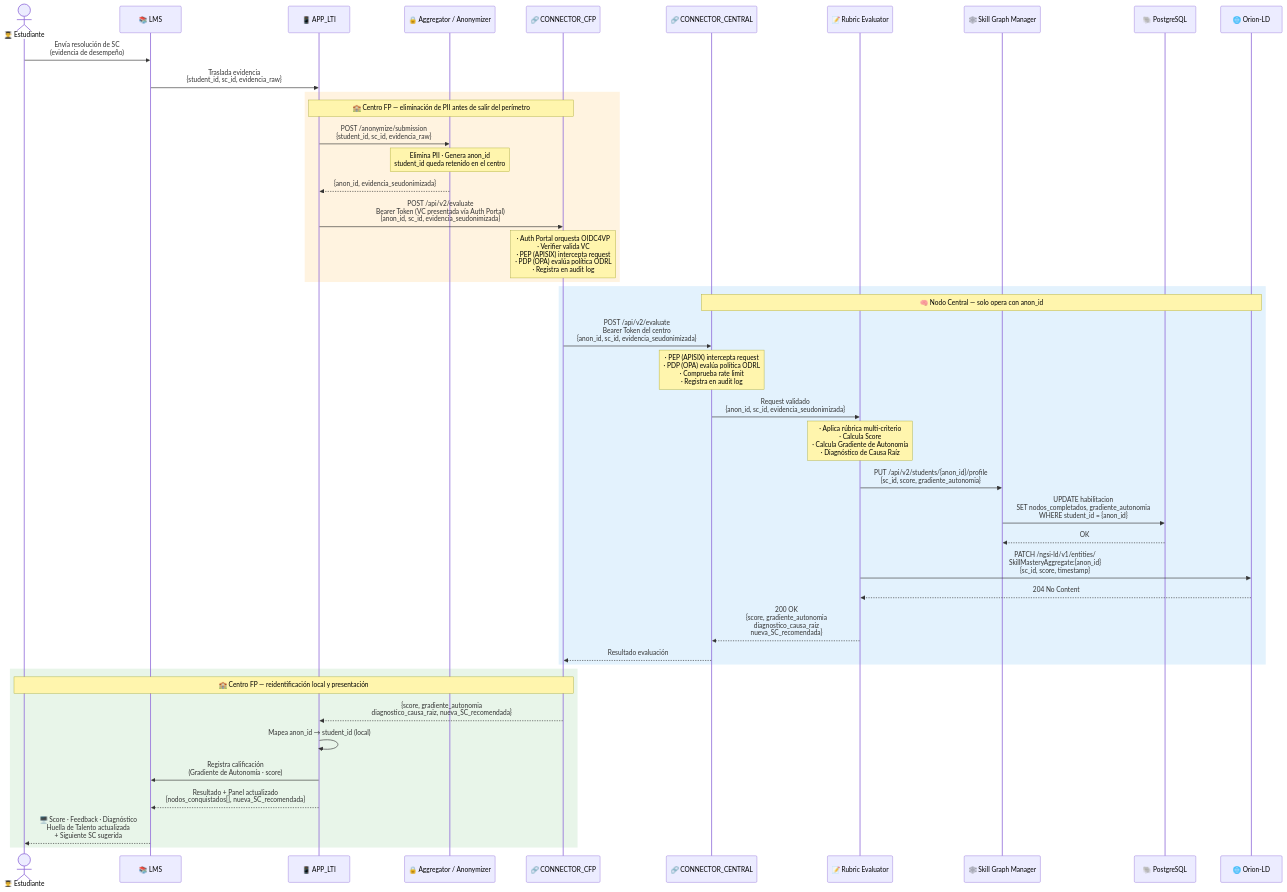
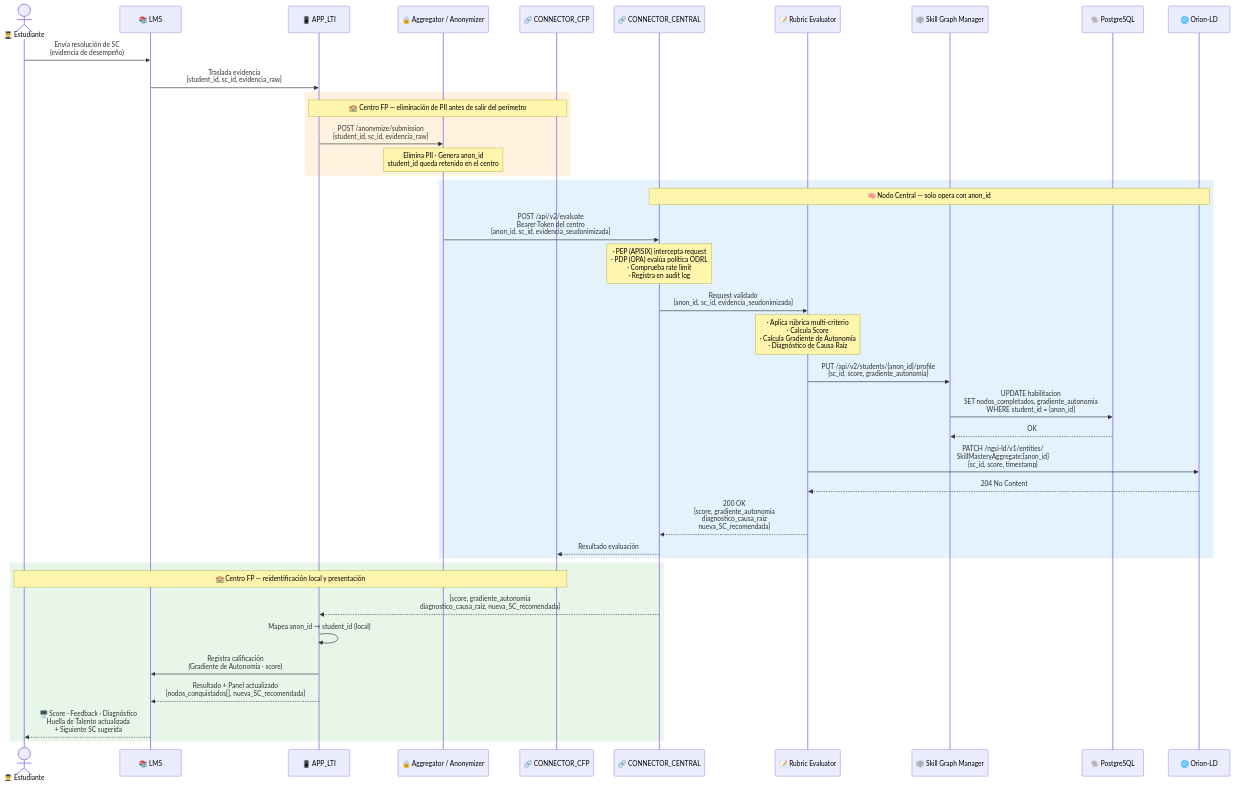
The second of 3 diagrams in 054-diagramas-secuencias.md (C3-VFDS/use_case_pkst), drawn with Mermaid before and after one commit. The commit also changed other lines of this file, not shown here.

Commit message:
Los datos de la app LTI no atraviesan el conector del centro

````diff
--- a/054-diagramas-secuencias.md
+++ b/054-diagramas-secuencias.md
@@ -69,57 +60,54 @@
 ```mermaid
 sequenceDiagram
     actor STUDENT as 👨‍🎓 Estudiante
     participant LMS as 📚 LMS
     participant APP_LTI as 📱 APP_LTI
     participant ANON as 🔒 Aggregator / Anonymizer
     participant CONNECTOR_CFP as 🔗 CONNECTOR_CFP
     participant CONNECTOR_CENTRAL as 🔗 CONNECTOR_CENTRAL
     participant RUBRIC as 📝 Rubric Evaluator
     participant SGRAPH as 🕸️ Skill Graph Manager
     participant POSTGRES_C as 🐘 PostgreSQL
     participant ORIONLD as 🌐 Orion-LD
 
     STUDENT->>LMS: Envía resolución de SC<br/>(evidencia de desempeño)
     LMS->>APP_LTI: Traslada evidencia<br/>{student_id, sc_id, evidencia_raw}
 
     rect rgb(255, 243, 224)
         Note over APP_LTI,CONNECTOR_CFP: 🏫 Centro FP — eliminación de PII antes de salir del perímetro
 
         APP_LTI->>ANON: POST /anonymize/submission<br/>{student_id, sc_id, evidencia_raw}
         Note over ANON: Elimina PII · Genera anon_id<br/>student_id queda retenido en el centro
-        ANON-->>APP_LTI: {anon_id, evidencia_seudonimizada}
-        APP_LTI->>CONNECTOR_CFP: POST /api/v2/evaluate<br/>Bearer Token (VC presentada vía Auth Portal)<br/>{anon_id, sc_id, evidencia_seudonimizada}
-        Note over CONNECTOR_CFP: · Auth Portal orquesta OIDC4VP<br/>· Verifier valida VC<br/>· PEP (APISIX) intercepta request<br/>· PDP (OPA) evalúa política ODRL<br/>· Registra en audit log
     end
 
     rect rgb(227, 242, 253)
         Note over CONNECTOR_CENTRAL,ORIONLD: 🧠 Nodo Central — solo opera con anon_id
 
-        CONNECTOR_CFP->>CONNECTOR_CENTRAL: POST /api/v2/evaluate<br/>Bearer Token del centro<br/>{anon_id, sc_id, evidencia_seudonimizada}
+        ANON->>CONNECTOR_CENTRAL: POST /api/v2/evaluate<br/>Bearer Token del centro<br/>{anon_id, sc_id, evidencia_seudonimizada}
         Note over CONNECTOR_CENTRAL: · PEP (APISIX) intercepta request<br/>· PDP (OPA) evalúa política ODRL<br/>· Comprueba rate limit<br/>· Registra en audit log
 
         CONNECTOR_CENTRAL->>RUBRIC: Request validado<br/>{anon_id, sc_id, evidencia_seudonimizada}
 
         Note over RUBRIC: · Aplica rúbrica multi-criterio<br/>· Calcula Score<br/>· Calcula Gradiente de Autonomía<br/>· Diagnóstico de Causa Raíz
 
         RUBRIC->>SGRAPH: PUT /api/v2/students/{anon_id}/profile<br/>{sc_id, score, gradiente_autonomia}
         SGRAPH->>POSTGRES_C: UPDATE habilitacion<br/>SET nodos_completados, gradiente_autonomia<br/>WHERE student_id = {anon_id}
         POSTGRES_C-->>SGRAPH: OK
 
         RUBRIC->>ORIONLD: PATCH /ngsi-ld/v1/entities/<br/>SkillMasteryAggregate:{anon_id}<br/>{sc_id, score, timestamp}
         ORIONLD-->>RUBRIC: 204 No Content
 
         RUBRIC-->>CONNECTOR_CENTRAL: 200 OK<br/>{score, gradiente_autonomia<br/>diagnostico_causa_raiz<br/>nueva_SC_recomendada}
         CONNECTOR_CENTRAL-->>CONNECTOR_CFP: Resultado evaluación
     end
 
     rect rgb(232, 245, 233)
         Note over CONNECTOR_CFP,STUDENT: 🏫 Centro FP — reidentificación local y presentación
 
-        CONNECTOR_CFP-->>APP_LTI: {score, gradiente_autonomia<br/>diagnostico_causa_raiz, nueva_SC_recomendada}
+        CONNECTOR_CENTRAL-->>APP_LTI: {score, gradiente_autonomia<br/>diagnostico_causa_raiz, nueva_SC_recomendada}
         APP_LTI->>APP_LTI: Mapea anon_id → student_id (local)
         APP_LTI->>LMS: Registra calificación<br/>(Gradiente de Autonomía · score)
         APP_LTI-->>LMS: Resultado + Panel actualizado<br/>{nodos_conquistados[], nueva_SC_recomendada}
         LMS-->>STUDENT: 🖥️ Score · Feedback · Diagnóstico<br/>Huella de Talento actualizada<br/>+ Siguiente SC sugerida
     end
 ```
````
